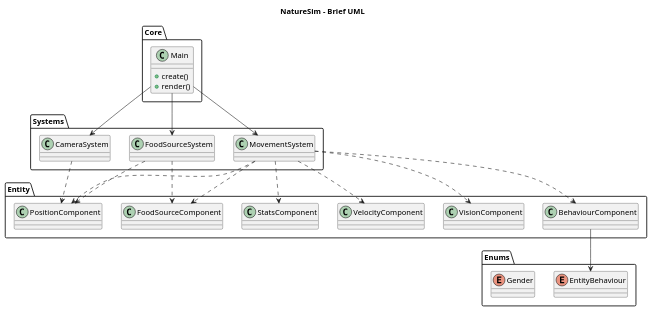
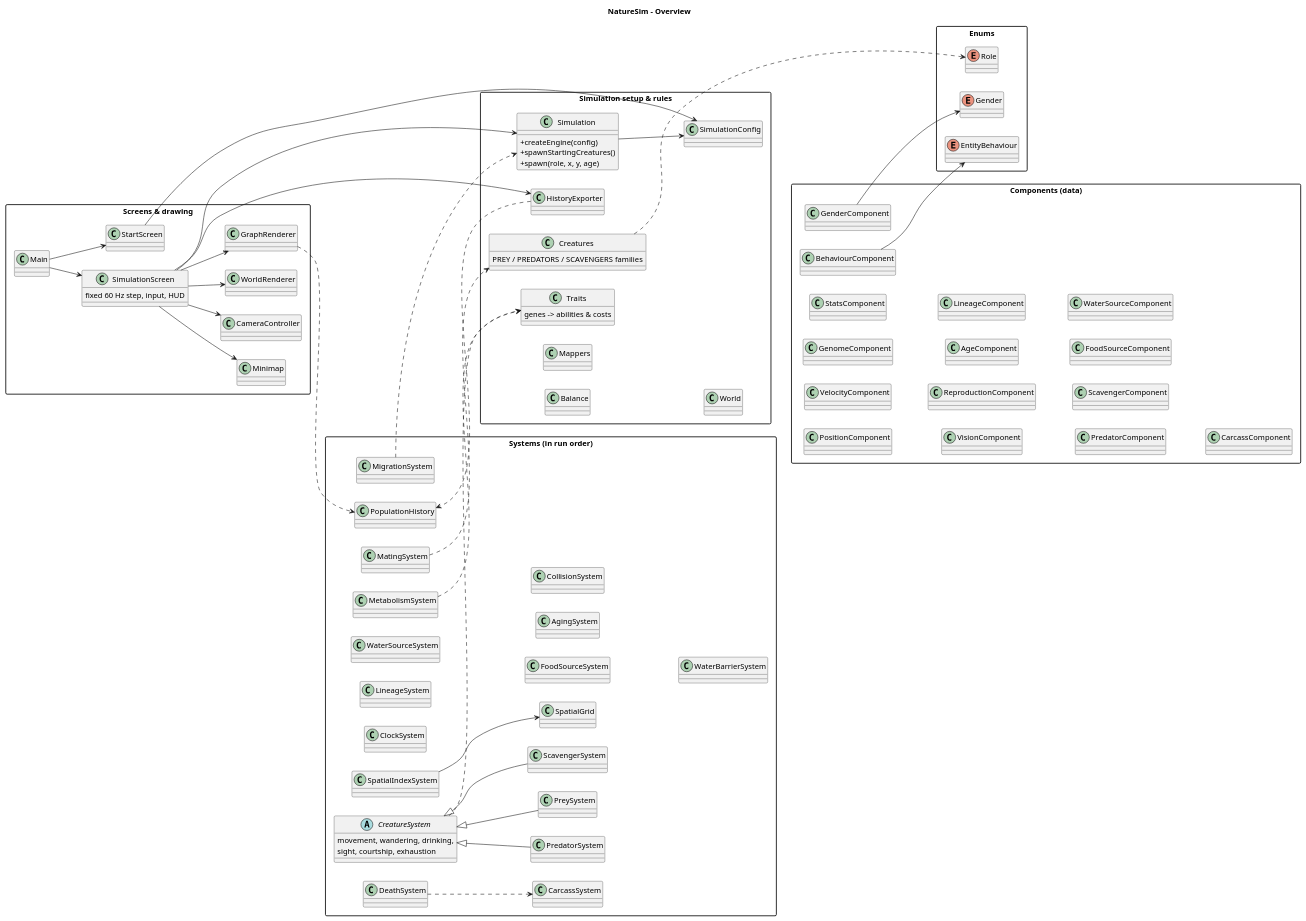
One commit to kostenarov/NatureSim changed the diagram in Documents/UMLDiagram.puml. Above: the diagram before and after it, drawn with PlantUML. The commit also changed 2 other files, not shown here.

Commit message:
Update README, UML diagram and poster
- README: what the simulation does, gene trade-offs, controls, how to
  run and test it, and how the code is organised (was the gdx-liftoff
  template text).
- UML: the current screens, systems (in run order), components and enums.
- Poster: the engine matcher now lists the real systems and their Ashley
  Families; capacity and roadmap numbers match measurements; typo fix.

```diff
--- a/Documents/UMLDiagram.puml
+++ b/Documents/UMLDiagram.puml
@@ -1,39 +1,113 @@
 @startuml
-title NatureSim - Brief UML
-package "Core" {
-  class Main {
-    + create()
-    + render()
+title NatureSim - Overview
+left to right direction
+skinparam packageStyle rectangle
+skinparam classAttributeIconSize 0
+
+package "Screens & drawing" {
+  class Main
+  class StartScreen
+  class SimulationScreen {
+    fixed 60 Hz step, input, HUD
   }
+  class WorldRenderer
+  class GraphRenderer
+  class Minimap
+  class CameraController
 }
-package "Systems" {
-  class MovementSystem
+
+package "Simulation setup & rules" {
+  class Simulation {
+    + createEngine(config)
+    + spawnStartingCreatures()
+    + spawn(role, x, y, age)
+  }
+  class SimulationConfig
+  class Balance
+  class Traits {
+    genes -> abilities & costs
+  }
+  class Creatures {
+    PREY / PREDATORS / SCAVENGERS families
+  }
+  class Mappers
+  class World
+  class HistoryExporter
+}
+
+package "Systems (in run order)" {
+  class SpatialIndexSystem
+  class ClockSystem
+  class LineageSystem
+  class WaterSourceSystem
   class FoodSourceSystem
-  class CameraSystem
+  class MatingSystem
+  abstract class CreatureSystem {
+    movement, wandering, drinking,
+    sight, courtship, exhaustion
+  }
+  class PredatorSystem
+  class PreySystem
+  class ScavengerSystem
+  class MetabolismSystem
+  class AgingSystem
+  class CollisionSystem
+  class WaterBarrierSystem
+  class DeathSystem
+  class CarcassSystem
+  class MigrationSystem
+  class PopulationHistory
+  class SpatialGrid
 }
-package "Entity" {
+
+package "Components (data)" {
   class PositionComponent
   class VelocityComponent
+  class GenomeComponent
+  class GenderComponent
   class StatsComponent
+  class VisionComponent
   class BehaviourComponent
-  class VisionComponent
+  class ReproductionComponent
+  class AgeComponent
+  class LineageComponent
+  class PredatorComponent
+  class ScavengerComponent
   class FoodSourceComponent
+  class WaterSourceComponent
+  class CarcassComponent
 }
+
 package "Enums" {
   enum EntityBehaviour
   enum Gender
+  enum Role
 }
-Main --> MovementSystem
-Main --> FoodSourceSystem
-Main --> CameraSystem
-MovementSystem ..> PositionComponent
-MovementSystem ..> VelocityComponent
-MovementSystem ..> StatsComponent
-MovementSystem ..> BehaviourComponent
-MovementSystem ..> VisionComponent
-MovementSystem ..> FoodSourceComponent
-FoodSourceSystem ..> FoodSourceComponent
-FoodSourceSystem ..> PositionComponent
-CameraSystem ..> PositionComponent
+
+Main --> StartScreen
+Main --> SimulationScreen
+StartScreen --> SimulationConfig
+SimulationScreen --> Simulation
+SimulationScreen --> WorldRenderer
+SimulationScreen --> GraphRenderer
+SimulationScreen --> Minimap
+SimulationScreen --> CameraController
+SimulationScreen --> HistoryExporter
+Simulation --> SimulationConfig
+
+CreatureSystem <|-- PredatorSystem
+CreatureSystem <|-- PreySystem
+CreatureSystem <|-- ScavengerSystem
+SpatialIndexSystem --> SpatialGrid
+CreatureSystem ..> Traits
+MetabolismSystem ..> Traits
+MatingSystem ..> Creatures
+DeathSystem ..> CarcassSystem
+MigrationSystem ..> Simulation
+HistoryExporter ..> PopulationHistory
+GraphRenderer ..> PopulationHistory
+
 BehaviourComponent --> EntityBehaviour
+GenderComponent --> Gender
+Creatures ..> Role
 @enduml
```
